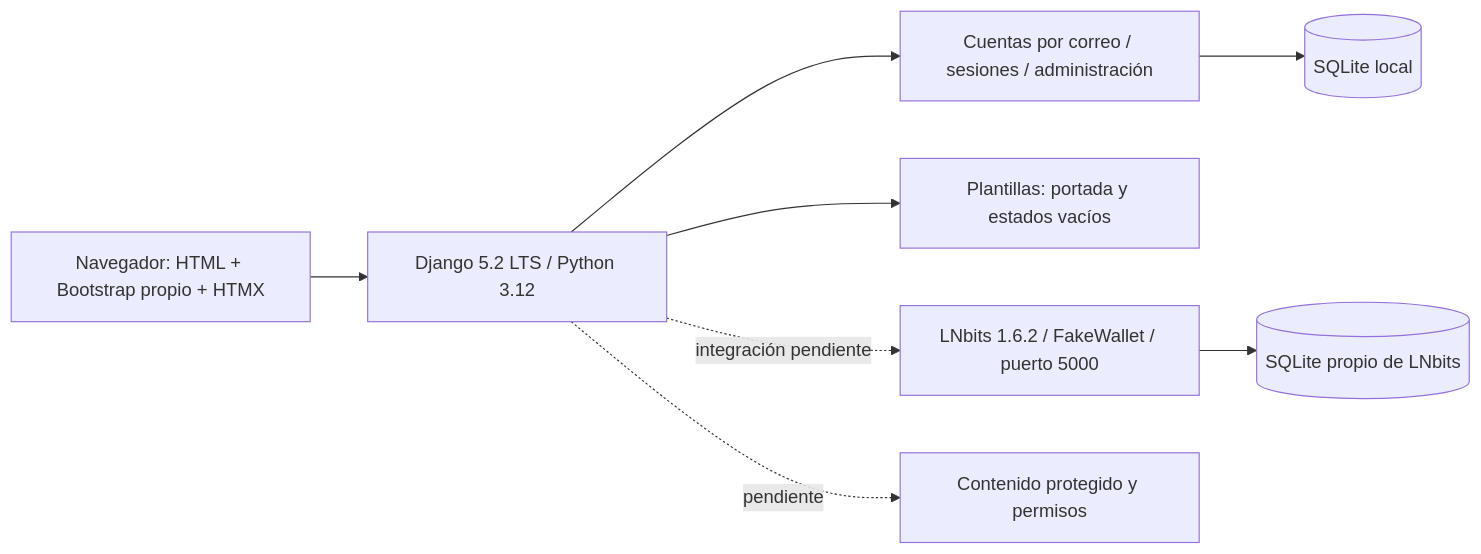
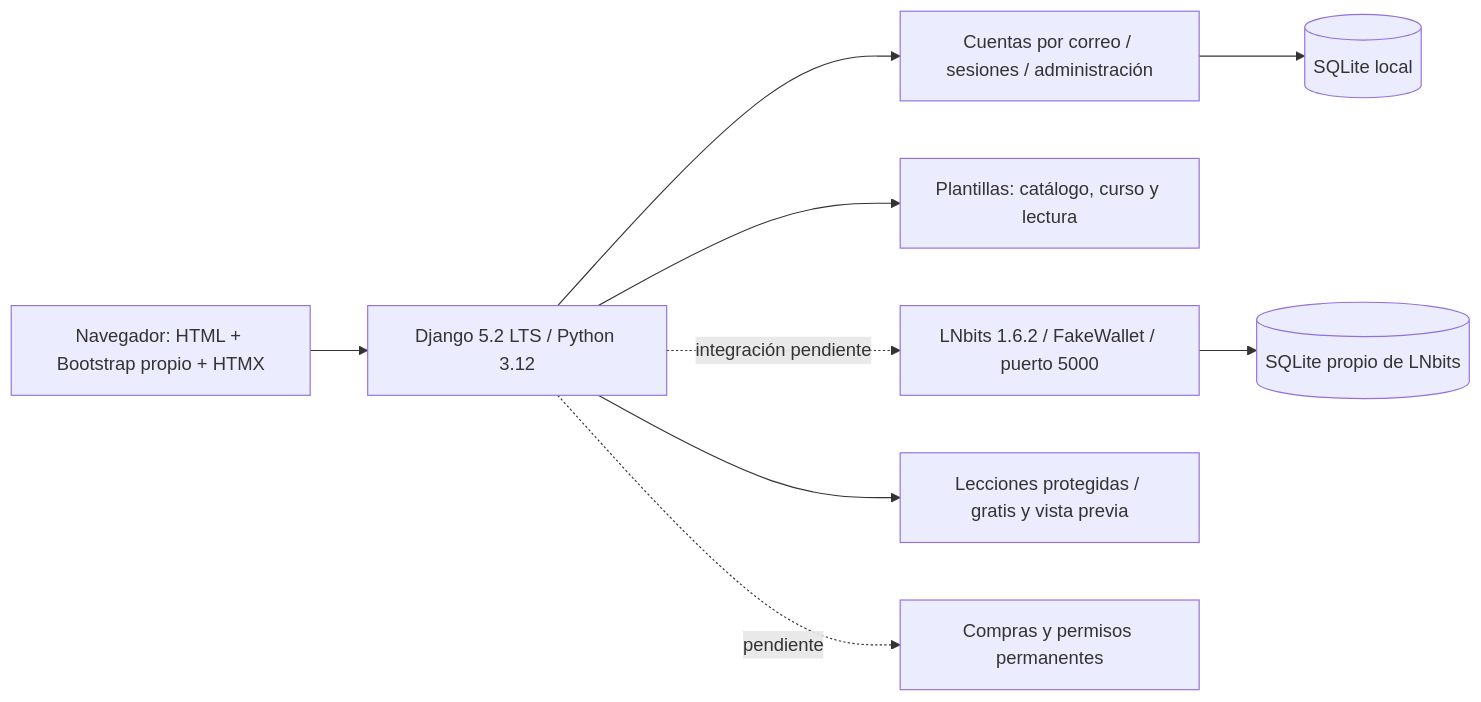
The diagram in src/README.md (caleb-bvm/BTC.EDU), drawn with Mermaid before and after one commit. The commit also changed other lines of this file and 4 other files, not shown here.

````diff
--- a/src/README.md
+++ b/src/README.md
@@ -65,10 +65,11 @@
 ```mermaid
 flowchart LR
     B[Navegador: HTML + Bootstrap propio + HTMX] --> D[Django 5.2 LTS / Python 3.12]
     D --> A[Cuentas por correo / sesiones / administración]
     A --> S[(SQLite local)]
-    D --> T[Plantillas: portada y estados vacíos]
+    D --> T[Plantillas: catálogo, curso y lectura]
     D -. integración pendiente .-> L[LNbits 1.6.2 / FakeWallet / puerto 5000]
     L --> LS[(SQLite propio de LNbits)]
-    D -. pendiente .-> F[Contenido protegido y permisos]
+    D --> F[Lecciones protegidas / gratis y vista previa]
+    D -. pendiente .-> P[Compras y permisos permanentes]
 ```
````
